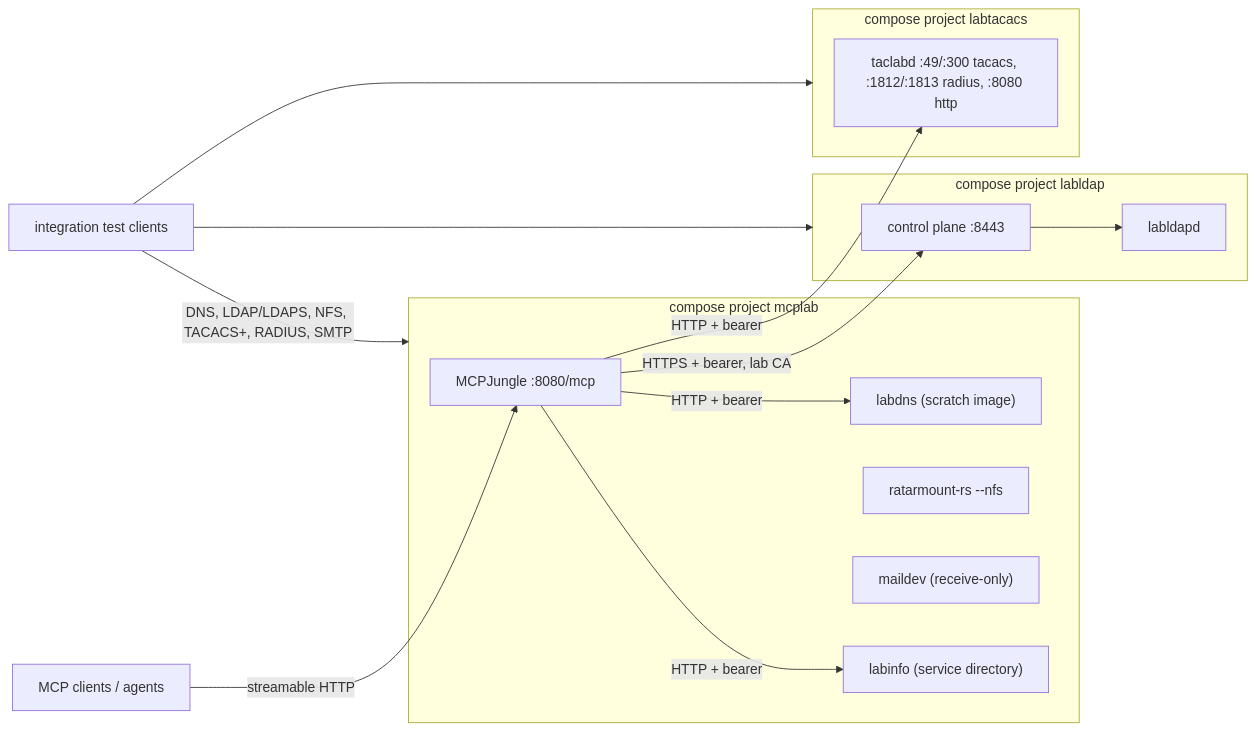
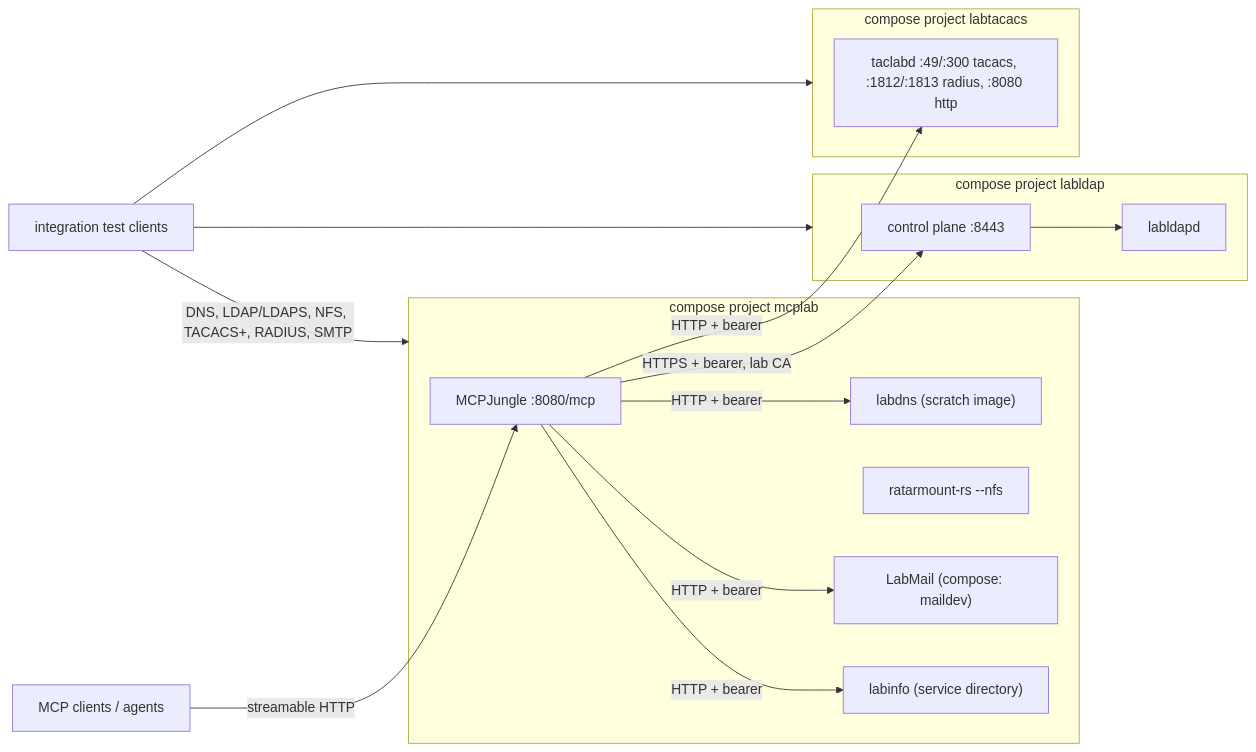
Before and after one commit to hilather/mcp-integration-lab: the diagram in docs/architecture.md, drawn with Mermaid. The commit also changed other lines of this file and 27 other files, not shown here.

````diff
--- a/docs/architecture.md
+++ b/docs/architecture.md
@@ -30,26 +30,27 @@
 ```mermaid
 flowchart LR
   Agents[MCP clients / agents] -->|streamable HTTP| Jungle["MCPJungle :8080/mcp"]
   subgraph mcplab [compose project mcplab]
     Jungle
     DNS["labdns (scratch image)"]
     NFS["ratarmount-rs --nfs"]
-    Mail["maildev (receive-only)"]
+    Mail["LabMail (compose: maildev)"]
     Info["labinfo (service directory)"]
   end
   subgraph labldap [compose project labldap]
     Control["control plane :8443"]
     Dir["labldapd"]
   end
   subgraph labtacacs [compose project labtacacs]
     Taclab["taclabd :49/:300 tacacs, :1812/:1813 radius, :8080 http"]
   end
   Jungle -->|"HTTP + bearer"| DNS
   Jungle -->|"HTTP + bearer"| Info
   Jungle -->|"HTTPS + bearer, lab CA"| Control
   Jungle -->|"HTTP + bearer"| Taclab
+  Jungle -->|"HTTP + bearer"| Mail
   Control --> Dir
   Testers[integration test clients] -->|"DNS, LDAP/LDAPS, NFS, TACACS+, RADIUS, SMTP"| mcplab
   Testers --> labldap
   Testers --> labtacacs
 ```
````
